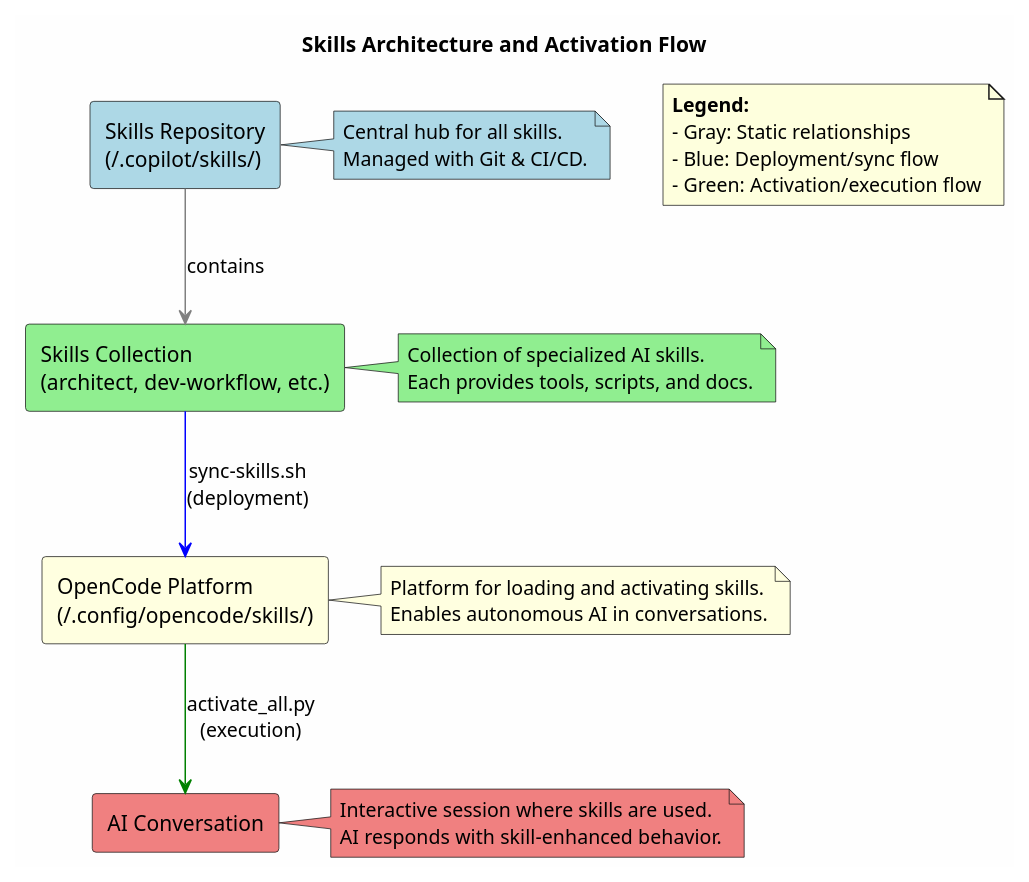
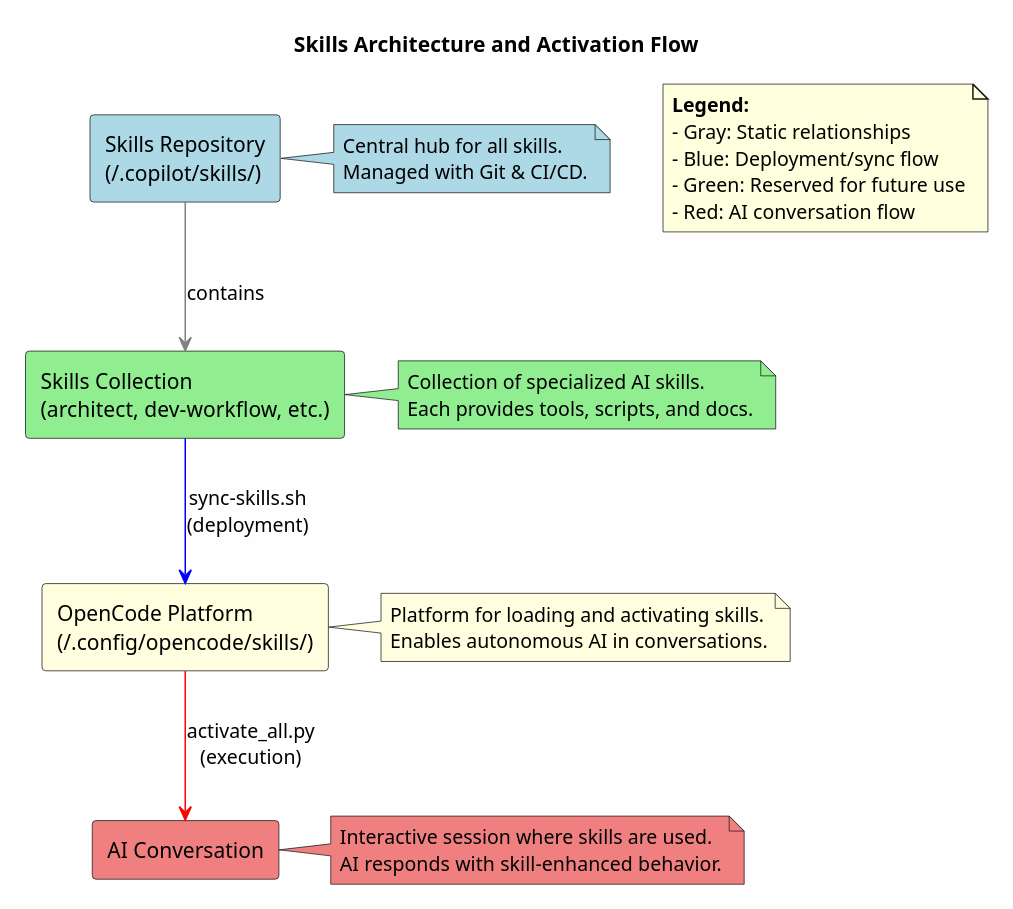
Before and after one commit to ernestoelo/skills: the diagram in dev-workflow/assets/diagrams/skills-architecture.puml, drawn with PlantUML. The commit also changed 4 other files, not shown here.

First line of the commit message:
feat(dev-workflow): add red legend and auto-verification to diagram generation

```diff
--- a/dev-workflow/assets/diagrams/skills-architecture.puml
+++ b/dev-workflow/assets/diagrams/skills-architecture.puml
@@ -1,42 +1,43 @@
 @startuml skills-architecture
 skinparam backgroundColor #FEFEFE
 skinparam sequenceParticipant underline
 
 title Skills Architecture and Activation Flow
 
 rectangle "Skills Repository\n(~/.copilot/skills/)" as Repo #LightBlue
 note right of Repo #LightBlue
   Central hub for all skills.
   Managed with Git & CI/CD.
 end note
 
 rectangle "Skills Collection\n(architect, dev-workflow, etc.)" as Skills #LightGreen
 note right of Skills #LightGreen
   Collection of specialized AI skills.
   Each provides tools, scripts, and docs.
 end note
 
 rectangle "OpenCode Platform\n(~/.config/opencode/skills/)" as OpenCode #LightYellow
 note right of OpenCode #LightYellow
   Platform for loading and activating skills.
   Enables autonomous AI in conversations.
 end note
 
 rectangle "AI Conversation" as Conversation #LightCoral
 note right of Conversation #LightCoral
   Interactive session where skills are used.
   AI responds with skill-enhanced behavior.
 end note
 
 Repo -[#Gray]-> Skills : contains
 Skills -[#Blue]-> OpenCode : sync-skills.sh\n(deployment)
-OpenCode -[#Green]-> Conversation : activate_all.py\n(execution)
+OpenCode -[#Red]-> Conversation : activate_all.py\n(execution)
 
 note as Legend
   **Legend:**
   - Gray: Static relationships
   - Blue: Deployment/sync flow
-  - Green: Activation/execution flow
+  - Green: Reserved for future use
+  - Red: AI conversation flow
 end note
 
 @enduml
```
